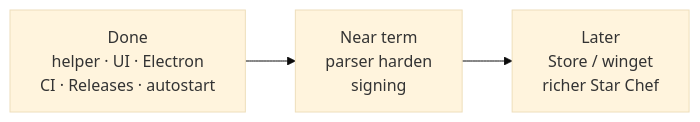
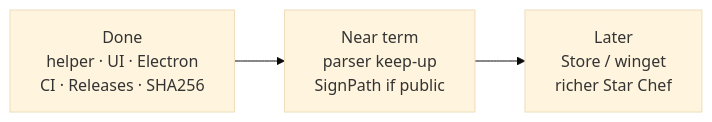
One commit to ejw427/ChopWatch changed the second of 5 diagrams in docs/PROJECT_PLAN.md. Above: the diagram before and after it, drawn with Mermaid (base theme). The commit also changed other lines of this file and 21 other files, not shown here.

First line of the commit message:
Harden Bowl parsers and add a free signing path without a paid cert.

````diff
--- a/docs/PROJECT_PLAN.md
+++ b/docs/PROJECT_PLAN.md
@@ -39,5 +39,5 @@
 ```mermaid
 flowchart LR
-  Done[Done<br/>helper · UI · Electron<br/>CI · Releases · autostart] --> Near[Near term<br/>parser harden<br/>signing]
+  Done[Done<br/>helper · UI · Electron<br/>CI · Releases · SHA256] --> Near[Near term<br/>parser keep-up<br/>SignPath if public]
   Near --> Later[Later<br/>Store / winget<br/>richer Star Chef]
 ```
````
